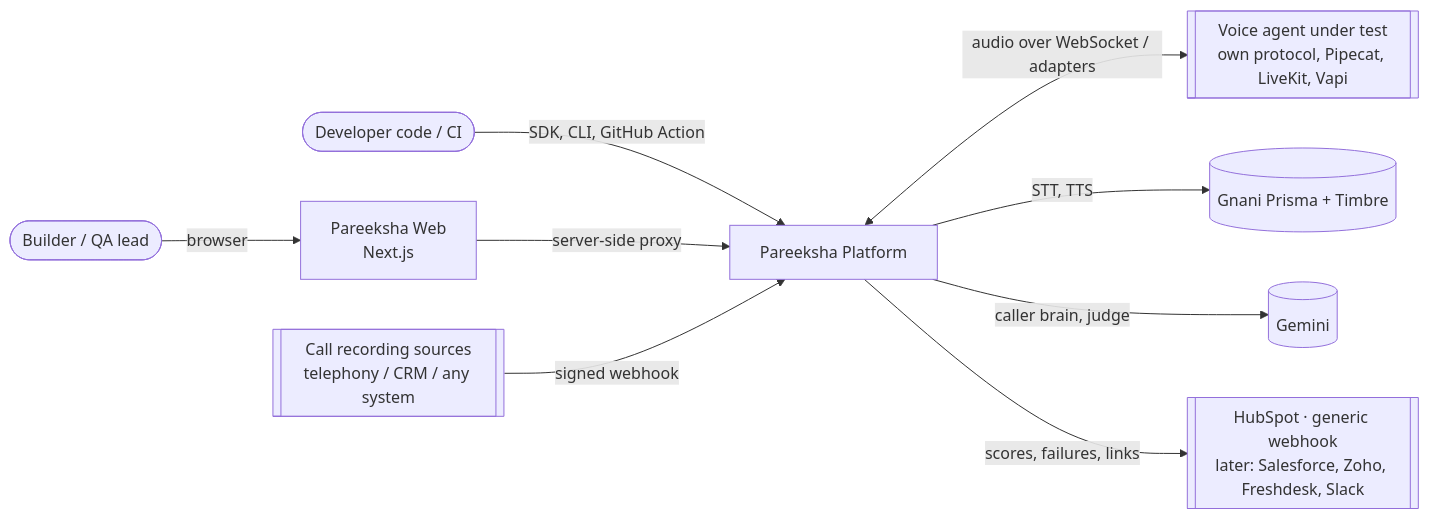
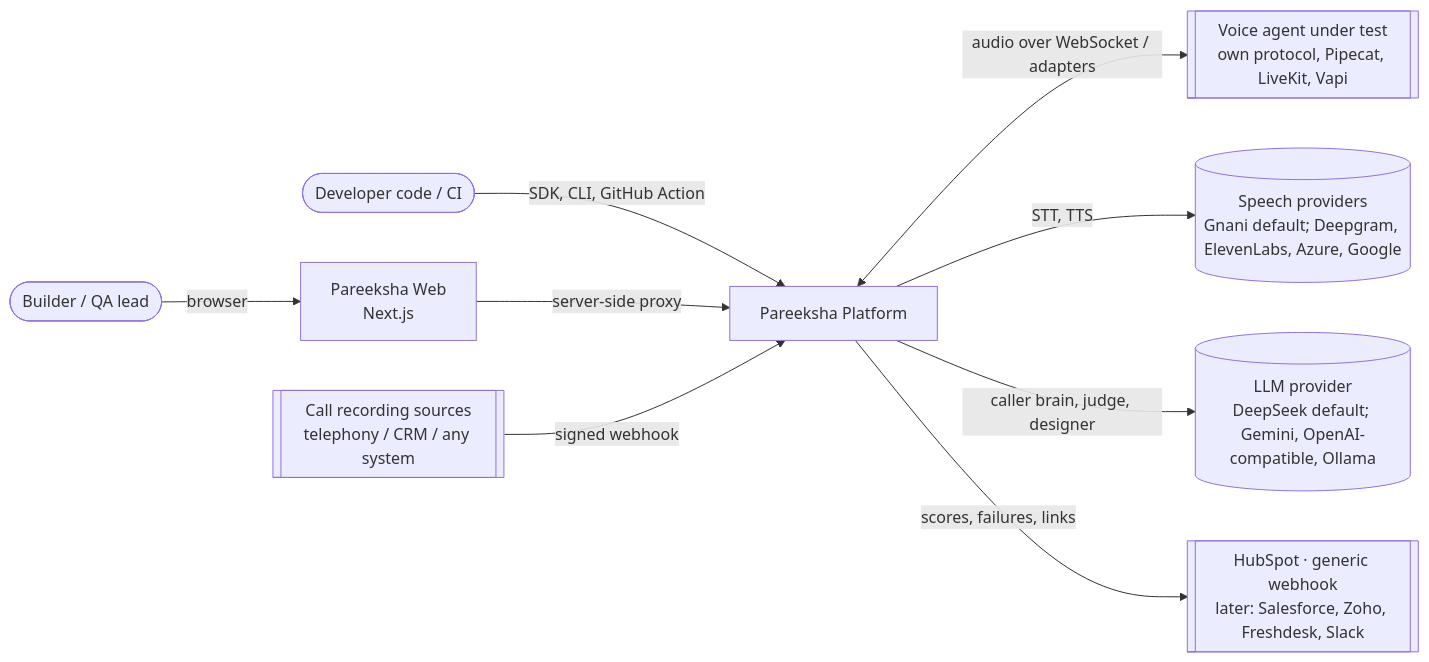
One commit to Voice-Application/Pareeksha- changed the first of 7 diagrams in docs/04-system-design.md. Above: the diagram before and after it, drawn with Mermaid. The commit also changed other lines of this file and 29 other files, not shown here.

````diff
--- a/docs/04-system-design.md
+++ b/docs/04-system-design.md
@@ -11,11 +13,11 @@
 ```mermaid
 flowchart LR
     U([Builder / QA lead]) -->|browser| WEB[Pareeksha Web<br/>Next.js]
     DEV([Developer code / CI]) -->|SDK, CLI, GitHub Action| API
     WEB -->|server-side proxy| API[Pareeksha Platform]
     API <-->|audio over WebSocket / adapters| AUT[[Voice agent under test<br/>own protocol, Pipecat, LiveKit, Vapi]]
-    API -->|STT, TTS| GN[(Gnani Prisma + Timbre)]
-    API -->|caller brain, judge| GM[(Gemini)]
+    API -->|STT, TTS| GN[(Speech providers<br/>Gnani default; Deepgram, ElevenLabs, Azure, Google)]
+    API -->|caller brain, judge, designer| GM[(LLM provider<br/>DeepSeek default; Gemini, OpenAI-compatible, Ollama)]
     SRC[[Call recording sources<br/>telephony / CRM / any system]] -->|signed webhook| API
     API -->|scores, failures, links| CRM[[HubSpot · generic webhook<br/>later: Salesforce, Zoho, Freshdesk, Slack]]
 ```
````
